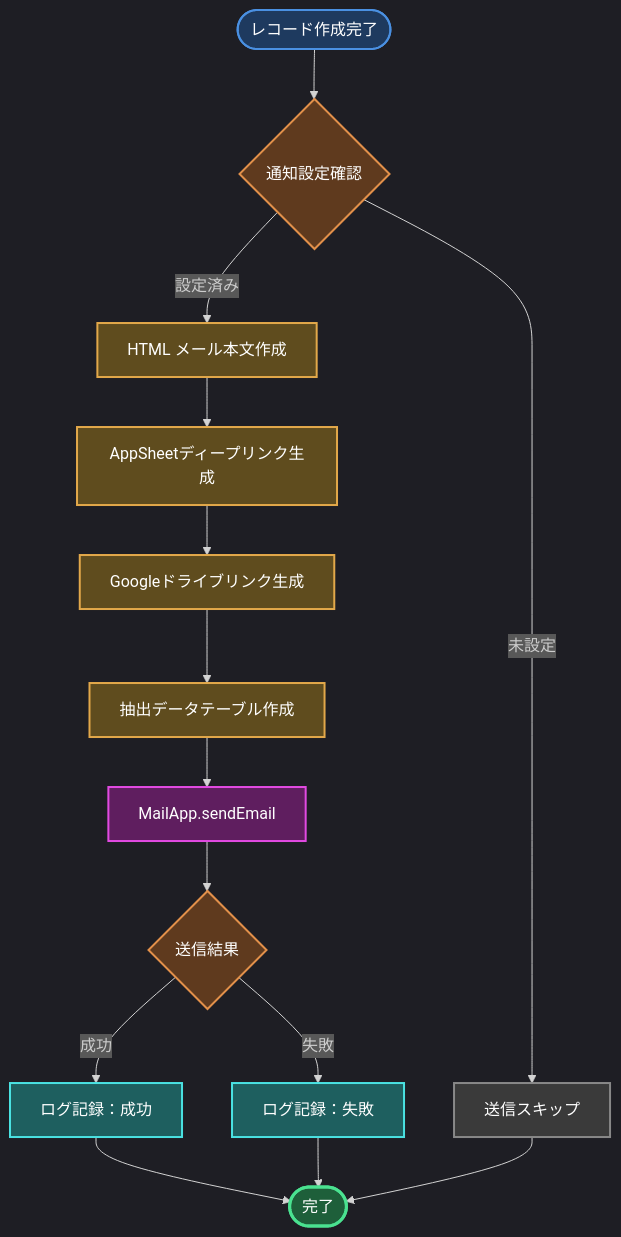
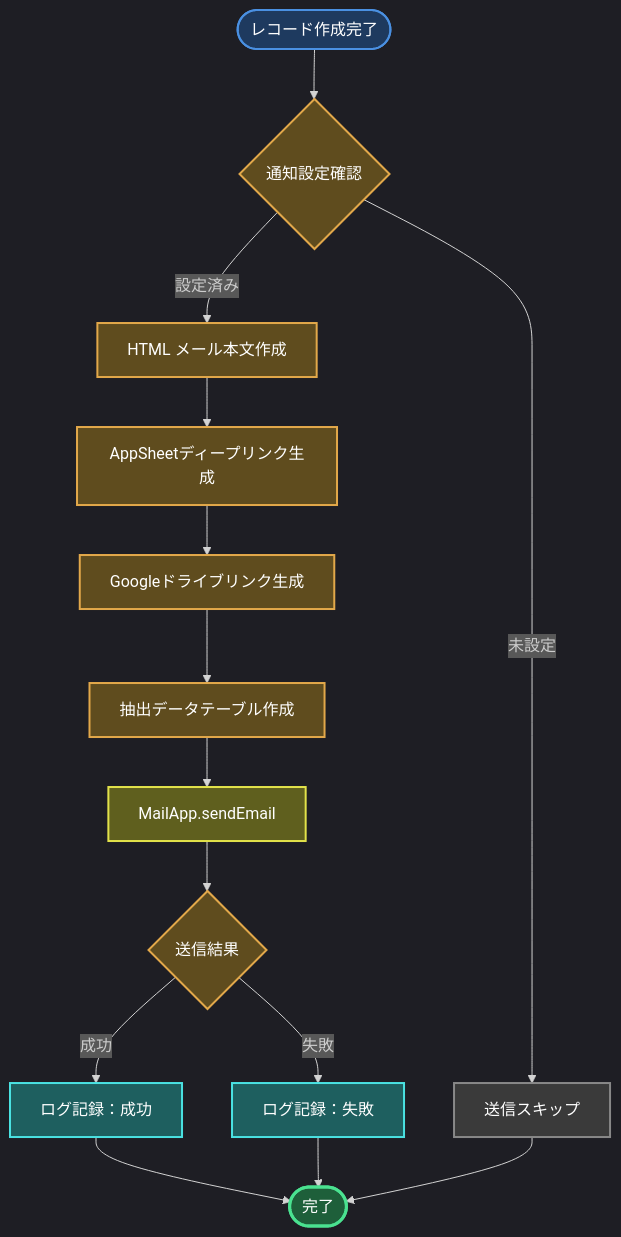
One commit to tasai-lab/appsheet-gas-automation changed the fourth of 7 diagrams in gas_projects/projects/nursing/Appsheet_訪問看護_書類OCR/FLOW.md. Above: the diagram before and after it, drawn with Mermaid. The commit also changed other lines of this file and 15 other files, not shown here.

First line of the commit message:
docs: FLOW.mdにダークモード対応配色を適用 - 全15プロジェクト完了

````diff
--- a/gas_projects/projects/nursing/Appsheet_訪問看護_書類OCR/FLOW.md
+++ b/gas_projects/projects/nursing/Appsheet_訪問看護_書類OCR/FLOW.md
@@ -119,31 +120,31 @@
 ```mermaid
 %%{init: {'theme':'dark'}}%%
 graph TB
-    Start([レコード作成完了]):::input --> Check{通知設定確認}:::decision
+    Start([レコード作成完了]):::webhook --> Check{通知設定確認}:::decision
 
     Check -->|未設定| Skip[送信スキップ]:::skip
     Check -->|設定済み| Build[HTML メール本文作成]:::process
 
     Build --> Link1[AppSheetディープリンク生成]:::process
     Link1 --> Link2[Googleドライブリンク生成]:::process
     Link2 --> Table[抽出データテーブル作成]:::process
 
-    Table --> Send[MailApp.sendEmail]:::email
+    Table --> Send[MailApp.sendEmail]:::utility
 
     Send --> Result{送信結果}:::decision
 
     Result -->|成功| Log1[ログ記録：成功]:::log
     Result -->|失敗| Log2[ログ記録：失敗]:::log
 
     Log1 --> End([完了]):::success
     Log2 --> End
     Skip --> End
 
-    classDef input fill:#1e3a5f,stroke:#4a90e2,stroke-width:2px,color:#fff
-    classDef decision fill:#5f3a1e,stroke:#e2904a,stroke-width:2px,color:#fff
-    classDef process fill:#5f4c1e,stroke:#e2a84a,stroke-width:2px,color:#fff
-    classDef email fill:#5f1e5f,stroke:#e24ae2,stroke-width:2px,color:#fff
-    classDef log fill:#1e5f5f,stroke:#4ae2e2,stroke-width:2px,color:#fff
-    classDef success fill:#1e5f3a,stroke:#4ae290,stroke-width:3px,color:#fff
-    classDef skip fill:#3a3a3a,stroke:#888,stroke-width:2px,color:#fff
+    classDef webhook fill:#1e3a5f,stroke:#4a90e2,stroke-width:2px,color:#ffffff
+    classDef decision fill:#5f4c1e,stroke:#e2a84a,stroke-width:2px,color:#ffffff
+    classDef process fill:#5f4c1e,stroke:#e2a84a,stroke-width:2px,color:#ffffff
+    classDef utility fill:#5f5f1e,stroke:#e2e24a,stroke-width:2px,color:#ffffff
+    classDef log fill:#1e5f5f,stroke:#4ae2e2,stroke-width:2px,color:#ffffff
+    classDef success fill:#1e5f3a,stroke:#4ae290,stroke-width:3px,color:#ffffff
+    classDef skip fill:#3a3a3a,stroke:#888,stroke-width:2px,color:#ffffff
 ```
````
